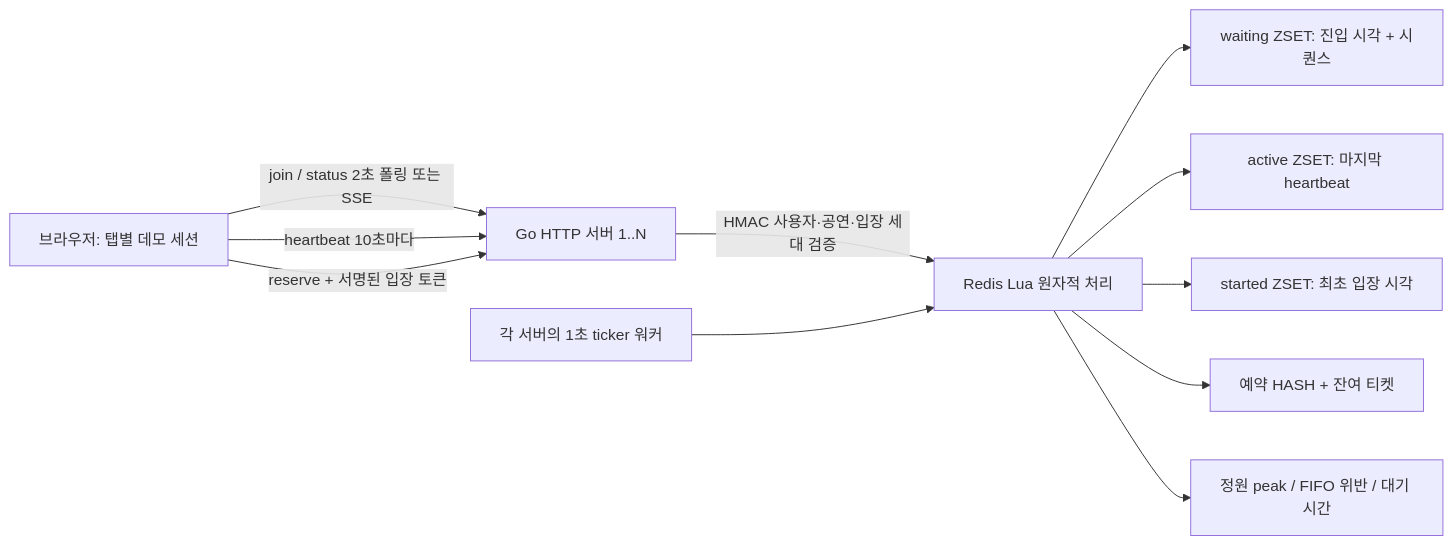
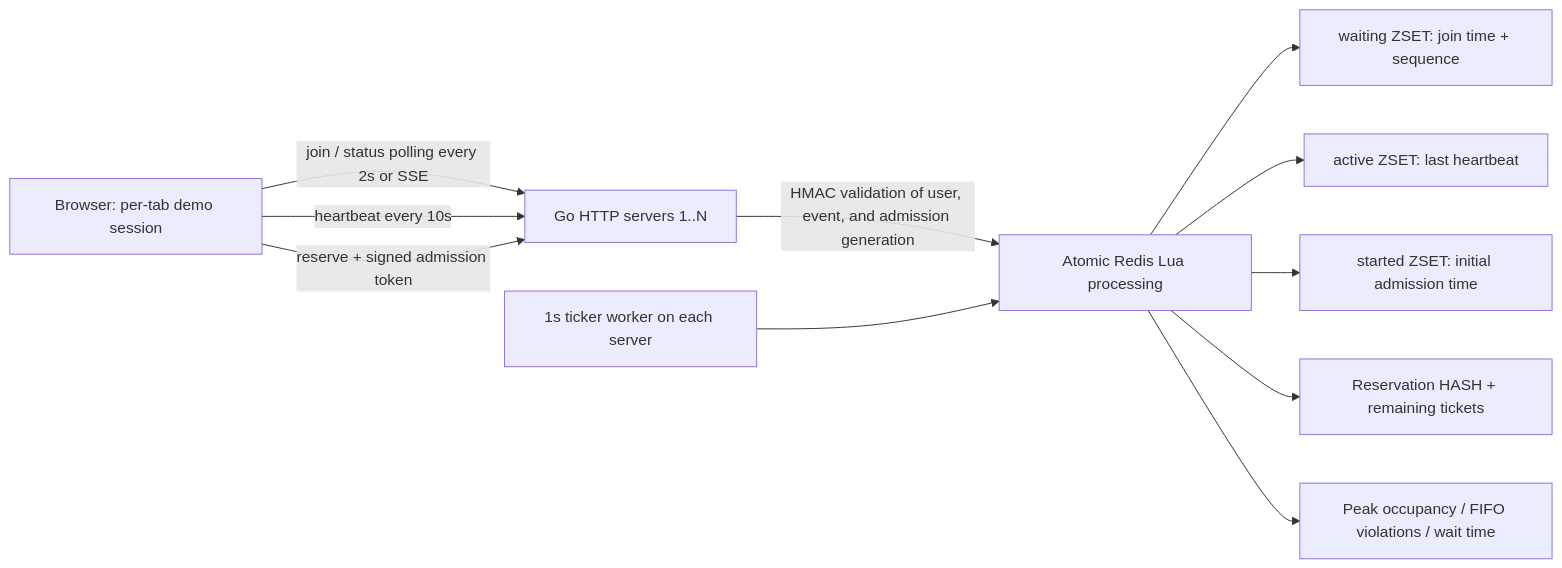
The diagram in README.md (jsim84747/ticketing-system), drawn with Mermaid before and after one commit. The commit also changed other lines of this file, not shown here.

````diff
--- a/README.md
+++ b/README.md
@@ -59,13 +59,13 @@
 ```mermaid
 flowchart LR
-  B[브라우저: 탭별 데모 세션] -->|join / status 2초 폴링 또는 SSE| API[Go HTTP 서버 1..N]
-  B -->|heartbeat 10초마다| API
-  B -->|reserve + 서명된 입장 토큰| API
-  API -->|HMAC 사용자·공연·입장 세대 검증| L[Redis Lua 원자적 처리]
-  W[각 서버의 1초 ticker 워커] --> L
-  L --> Q[waiting ZSET: 진입 시각 + 시퀀스]
-  L --> A[active ZSET: 마지막 heartbeat]
-  L --> S[started ZSET: 최초 입장 시각]
-  L --> R[예약 HASH + 잔여 티켓]
-  L --> M[정원 peak / FIFO 위반 / 대기 시간]
+  B[Browser: per-tab demo session] -->|join / status polling every 2s or SSE| API[Go HTTP servers 1..N]
+  B -->|heartbeat every 10s| API
+  B -->|reserve + signed admission token| API
+  API -->|HMAC validation of user, event, and admission generation| L[Atomic Redis Lua processing]
+  W[1s ticker worker on each server] --> L
+  L --> Q[waiting ZSET: join time + sequence]
+  L --> A[active ZSET: last heartbeat]
+  L --> S[started ZSET: initial admission time]
+  L --> R[Reservation HASH + remaining tickets]
+  L --> M[Peak occupancy / FIFO violations / wait time]
 ```
````
